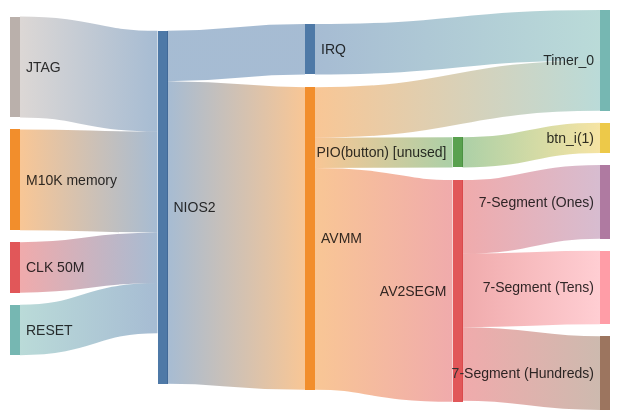
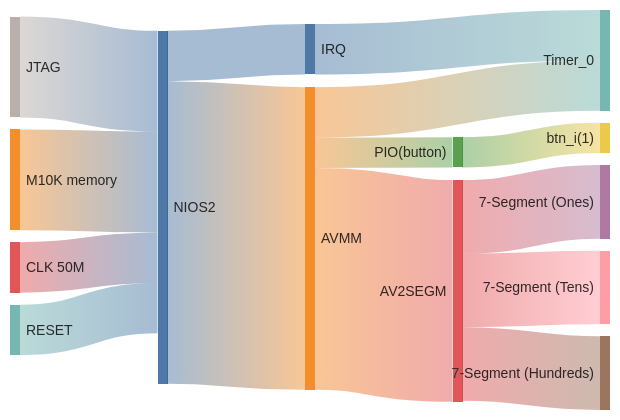
Before and after one commit to ESN2025/GEOFFRE_Project: the first of 2 diagrams in readme.md, drawn with Mermaid. The commit also changed other lines of this file and 1 other file, not shown here.

````diff
--- a/readme.md
+++ b/readme.md
@@ -40,22 +40,22 @@
 ```mermaid
 ---
 config:
   sankey:
     showValues: false
 ---
 sankey-beta
 NIOS2, AVMM, 0.3
 AVMM, AV2SEGM, 0.22
 AVMM, Timer_0, 0.05
-AVMM, PIO(button) [unused], 0.03
-PIO(button) [unused], btn_i(1), 0.03
+AVMM, PIO(button), 0.03
+PIO(button), btn_i(1), 0.03
 AV2SEGM, 7-Segment (Ones), 0.073
 AV2SEGM, 7-Segment (Tens), 0.073
 AV2SEGM, 7-Segment (Hundreds), 0.073
 JTAG, NIOS2, 0.1
 NIOS2, IRQ, 0.05
 IRQ, Timer_0, 0.05
 M10K memory, NIOS2, 0.1
 CLK 50M, NIOS2, 0.05
 RESET, NIOS2, 0.05
 ```
````
